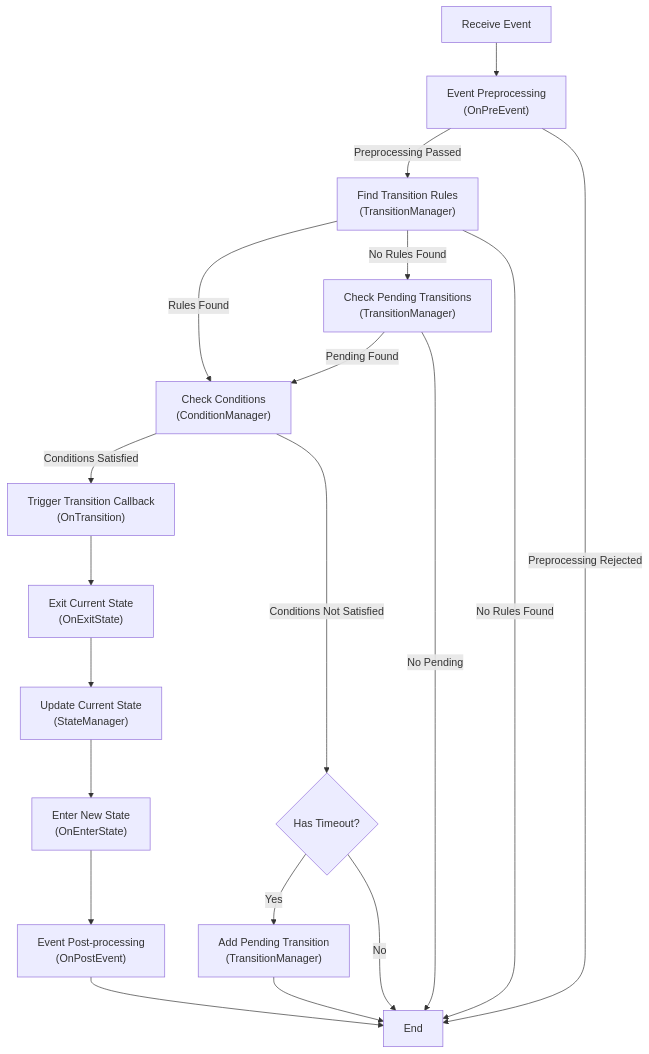
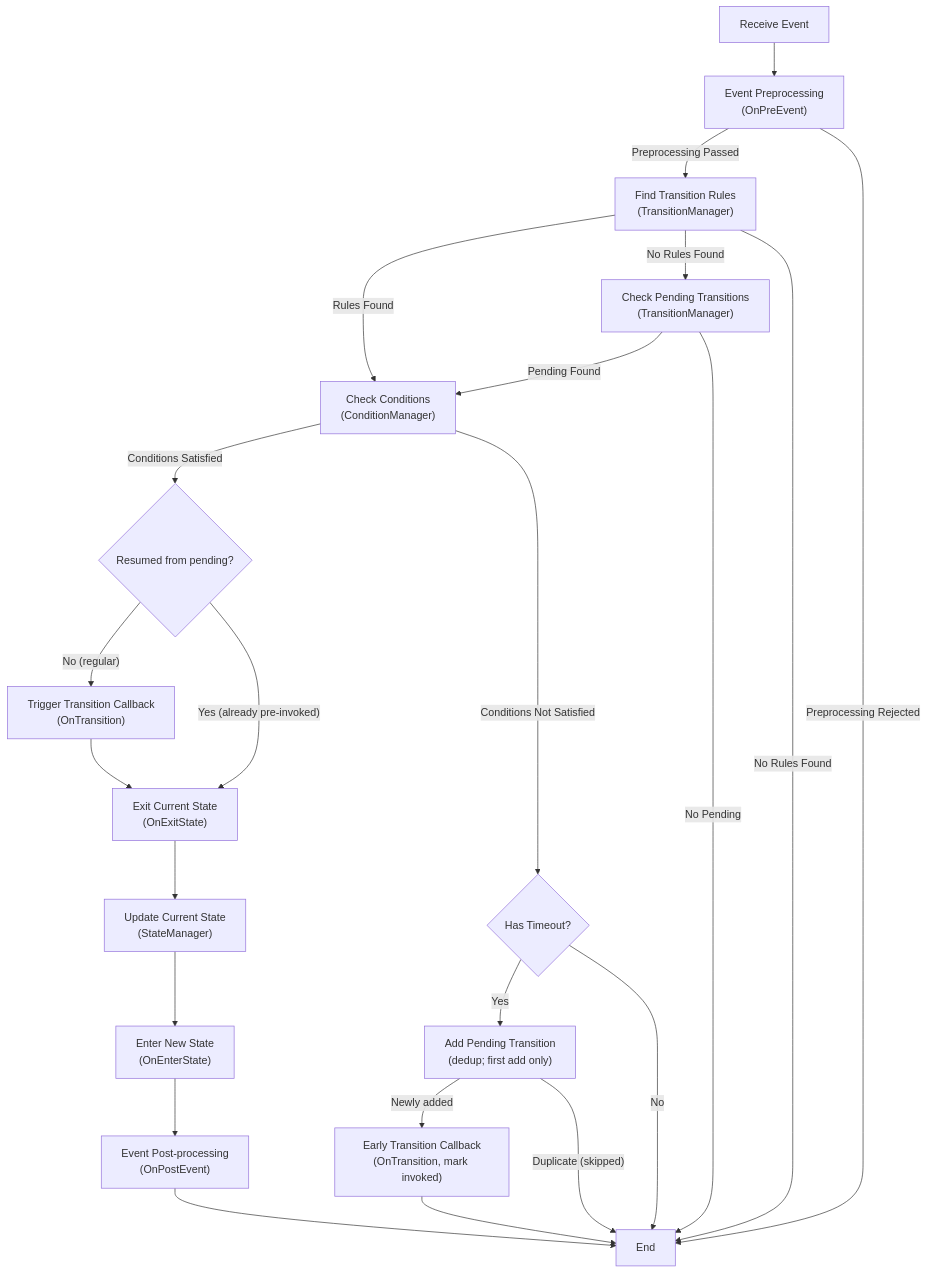
One commit to JUSTLIKEHU/StateMachine_Frame changed the second of 6 diagrams in README.md. Above: the diagram before and after it, drawn with Mermaid. The commit also changed other lines of this file and 15 other files, not shown here.

First line of the commit message:
feat(smf): add two-phase OnTransition for pending transitions

````diff
--- a/README.md
+++ b/README.md
@@ -1302,26 +1342,30 @@
 ```mermaid
 graph TD
     Start[Receive Event] --> PreProcess["Event Preprocessing<br>(OnPreEvent)"]
     PreProcess -- Preprocessing Passed --> FindRules["Find Transition Rules<br>(TransitionManager)"]
     PreProcess -- Preprocessing Rejected --> End[End]
     
     FindRules -- Rules Found --> CheckCond["Check Conditions<br>(ConditionManager)"]
     FindRules -- No Rules Found --> CheckPending["Check Pending Transitions<br>(TransitionManager)"]
     FindRules -- No Rules Found --> End
     
-    CheckCond -- Conditions Satisfied --> TransCallback["Trigger Transition Callback<br>(OnTransition)"]
+    CheckCond -- Conditions Satisfied --> CheckResume{"Resumed from pending?"}
+    CheckResume -- "No (regular)" --> TransCallback["Trigger Transition Callback<br>(OnTransition)"]
+    CheckResume -- "Yes (already pre-invoked)" --> ExitStates
     CheckCond -- Conditions Not Satisfied --> CheckTimeout{"Has Timeout?"}
     
-    CheckTimeout -- Yes --> AddPending["Add Pending Transition<br>(TransitionManager)"]
+    CheckTimeout -- Yes --> AddPending["Add Pending Transition<br>(dedup; first add only)"]
+    AddPending -- "Newly added" --> EarlyTrans["Early Transition Callback<br>(OnTransition, mark invoked)"]
+    AddPending -- "Duplicate (skipped)" --> End
     CheckTimeout -- No --> End
-    AddPending --> End
+    EarlyTrans --> End
     
     CheckPending -- Pending Found --> CheckCond
     CheckPending -- No Pending --> End
     
     TransCallback --> ExitStates["Exit Current State<br>(OnExitState)"]
     ExitStates --> UpdateState["Update Current State<br>(StateManager)"]
     UpdateState --> EnterStates["Enter New State<br>(OnEnterState)"]
     EnterStates --> PostProcess["Event Post-processing<br>(OnPostEvent)"]
     PostProcess --> End
 ```
````
